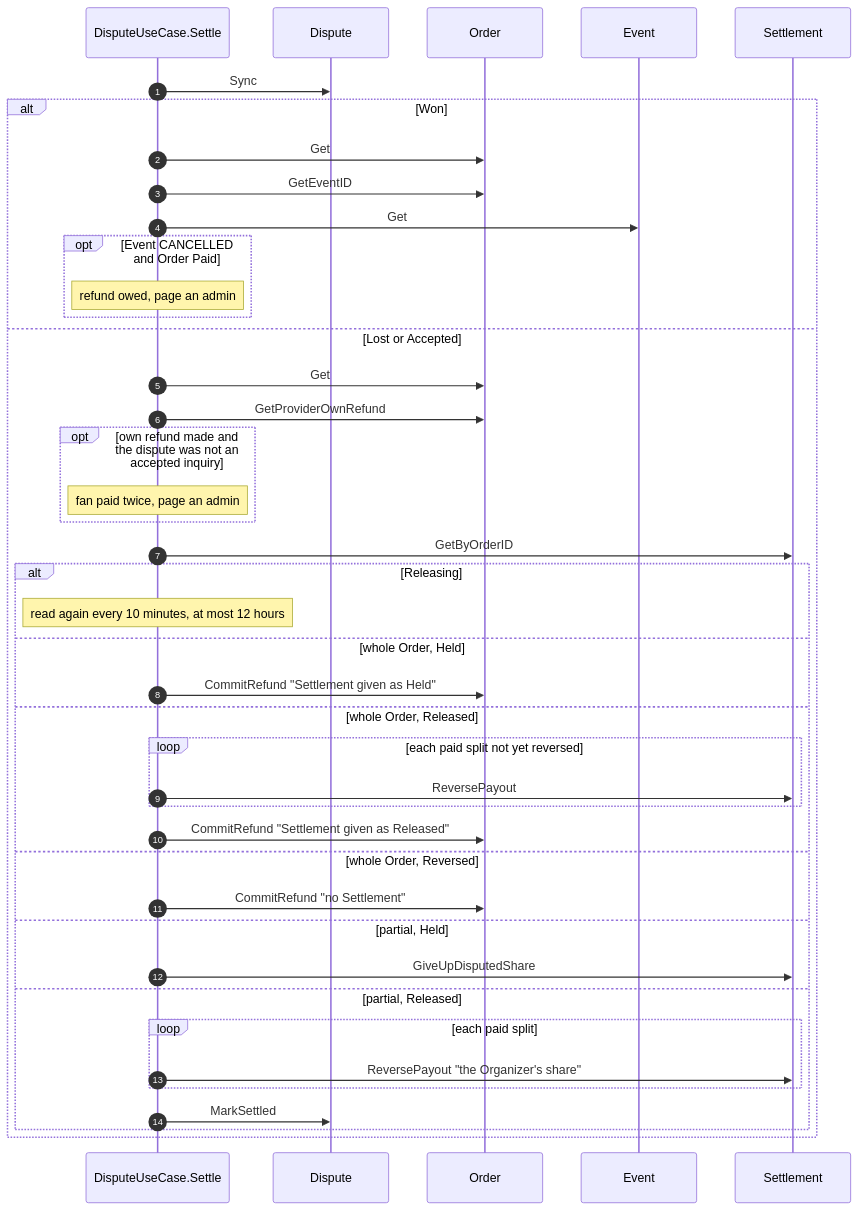
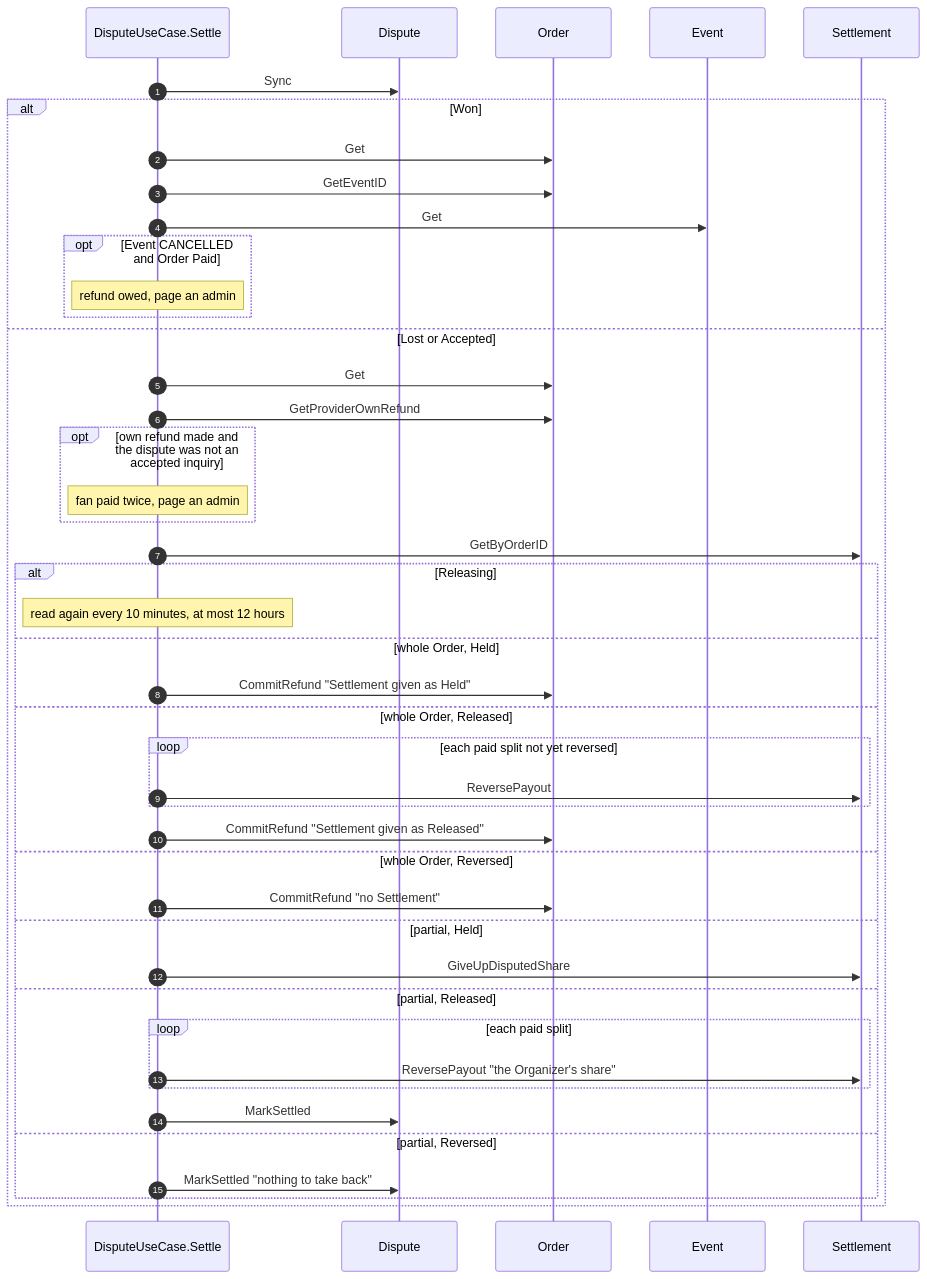
Before and after one commit to liverty-music/specification: the diagram in openspec/changes/contest-disputes-and-serialize-payouts/specs/components/usecase/dispute/settle/spec.md, drawn with Mermaid. The commit also changed other lines of this file and 7 other files, not shown here.

First line of the commit message:
docs(openspec): settle every partial dispute and answer each stage once

````diff
--- a/openspec/changes/contest-disputes-and-serialize-payouts/specs/components/usecase/dispute/settle/spec.md
+++ b/openspec/changes/contest-disputes-and-serialize-payouts/specs/components/usecase/dispute/settle/spec.md
@@ -7,44 +7,46 @@
 ```mermaid
 sequenceDiagram
 autonumber
 participant UC as DisputeUseCase.Settle
 participant Dispute
 participant Order
 participant Event
 participant Settlement
 UC->>Dispute: Sync
 alt Won
   UC->>Order: Get
   UC->>Order: GetEventID
   UC->>Event: Get
   opt Event CANCELLED and Order Paid
     Note over UC: refund owed, page an admin
   end
 else Lost or Accepted
   UC->>Order: Get
   UC->>Order: GetProviderOwnRefund
   opt own refund made and the dispute was not an accepted inquiry
     Note over UC: fan paid twice, page an admin
   end
   UC->>Settlement: GetByOrderID
   alt Releasing
     Note over UC: read again every 10 minutes, at most 12 hours
   else whole Order, Held
     UC->>Order: CommitRefund "Settlement given as Held"
   else whole Order, Released
     loop each paid split not yet reversed
       UC->>Settlement: ReversePayout
     end
     UC->>Order: CommitRefund "Settlement given as Released"
   else whole Order, Reversed
     UC->>Order: CommitRefund "no Settlement"
   else partial, Held
     UC->>Settlement: GiveUpDisputedShare
   else partial, Released
     loop each paid split
       UC->>Settlement: ReversePayout "the Organizer's share"
     end
     UC->>Dispute: MarkSettled
+  else partial, Reversed
+    UC->>Dispute: MarkSettled "nothing to take back"
   end
 end
 ```
````
